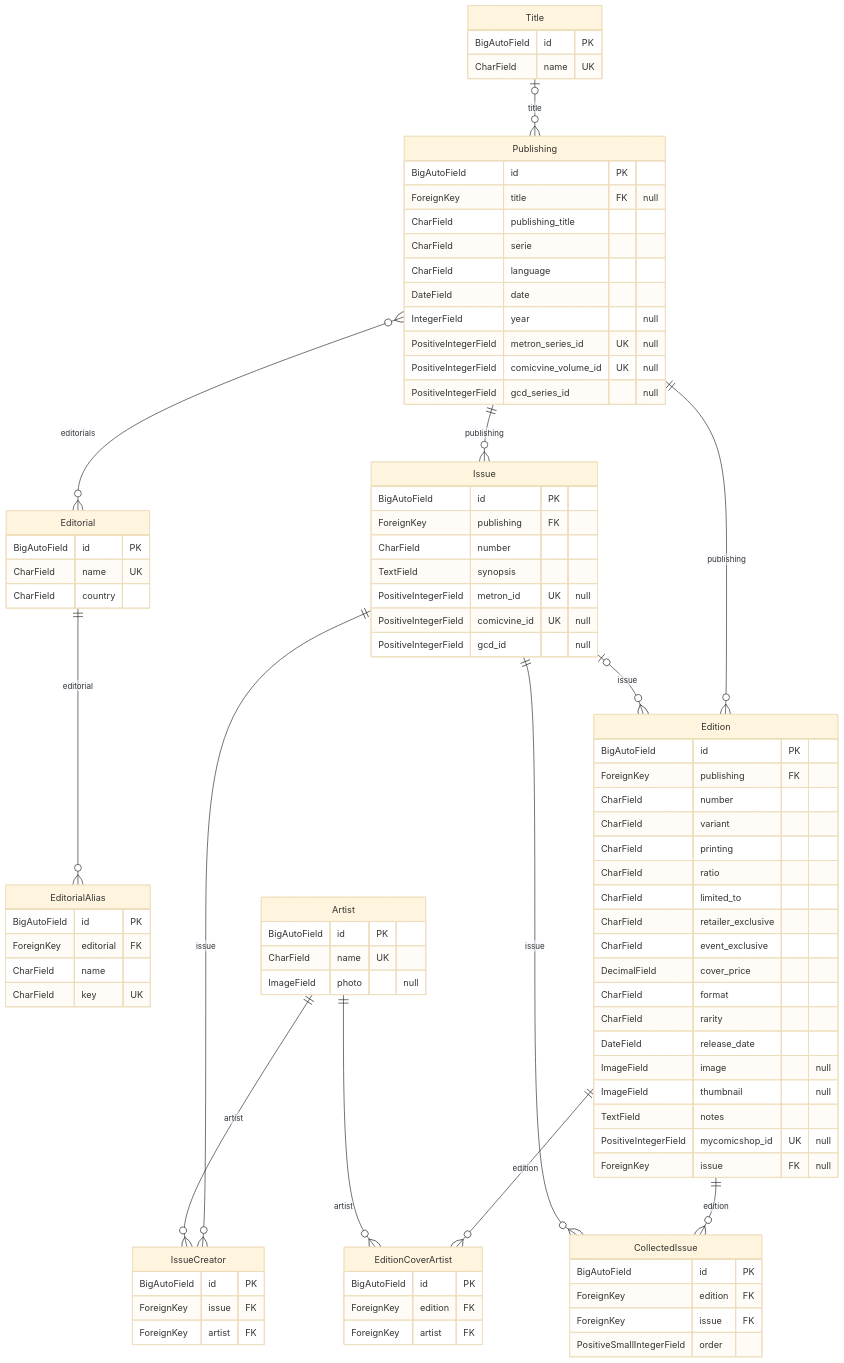
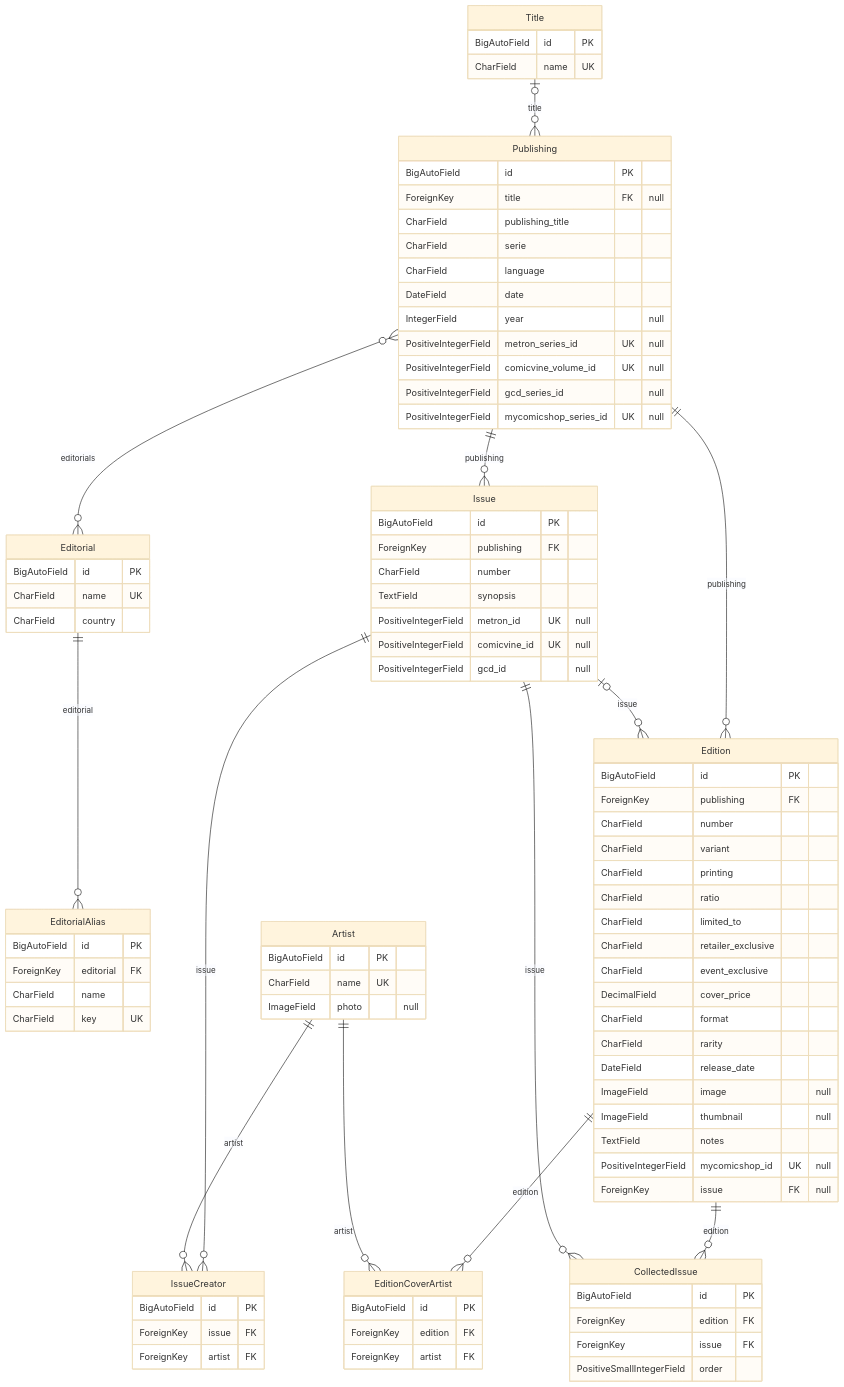
Before and after one commit to DeadSpawnZ/comics: the third of 8 diagrams in README.md, drawn with Mermaid (base theme). The commit also changed other lines of this file and 19 other files, not shown here.

First line of the commit message:
feat(catalog): store the mycomicshop series id on publishings

```diff
--- a/README.md
+++ b/README.md
@@ -243,6 +245,7 @@
         PositiveIntegerField metron_series_id UK "null"
         PositiveIntegerField comicvine_volume_id UK "null"
         PositiveIntegerField gcd_series_id "null"
+        PositiveIntegerField mycomicshop_series_id UK "null"
     }
     Artist {
         BigAutoField id PK
```
